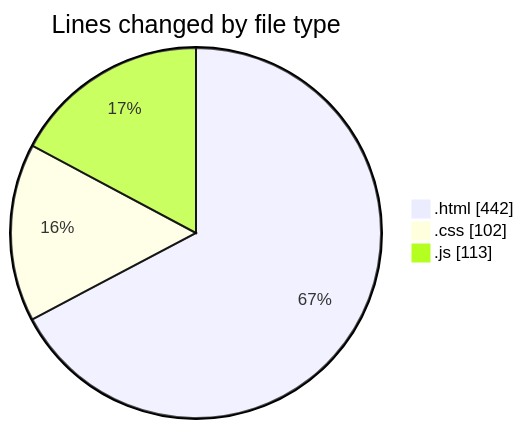
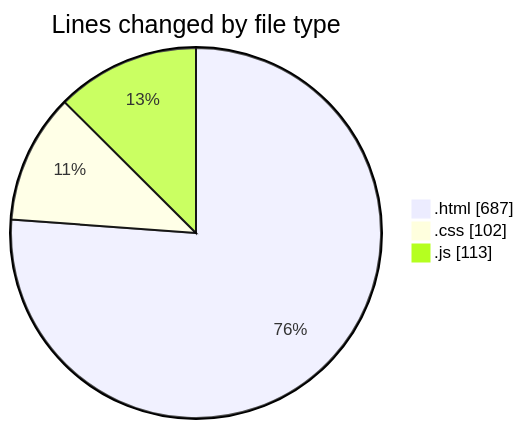
The first of 2 diagrams in 2025-08-31/abc2/README.md (IJAZ3593/code-tracking), drawn with Mermaid before and after one commit. The commit also changed other lines of this file and 1 other file, not shown here.

````diff
--- a/2025-08-31/abc2/README.md
+++ b/2025-08-31/abc2/README.md
@@ -24,7 +26,7 @@
 ```mermaid
 pie showData
 title Lines changed by file type
-".html" : 442
+".html" : 687
 ".css" : 102
 ".js" : 113
 ```
````
